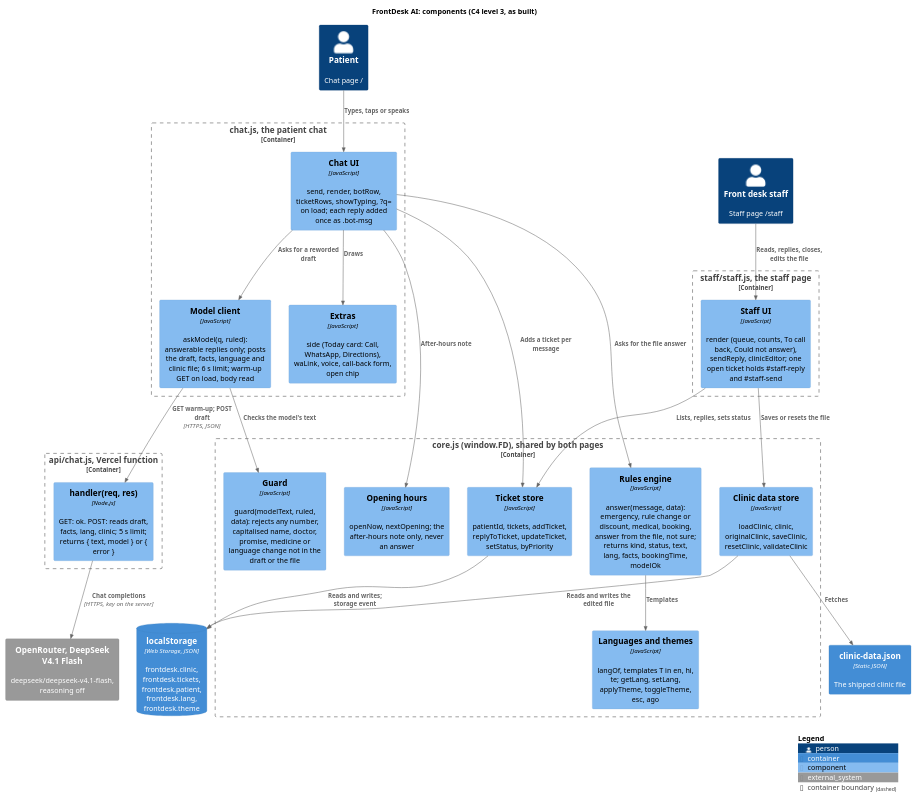
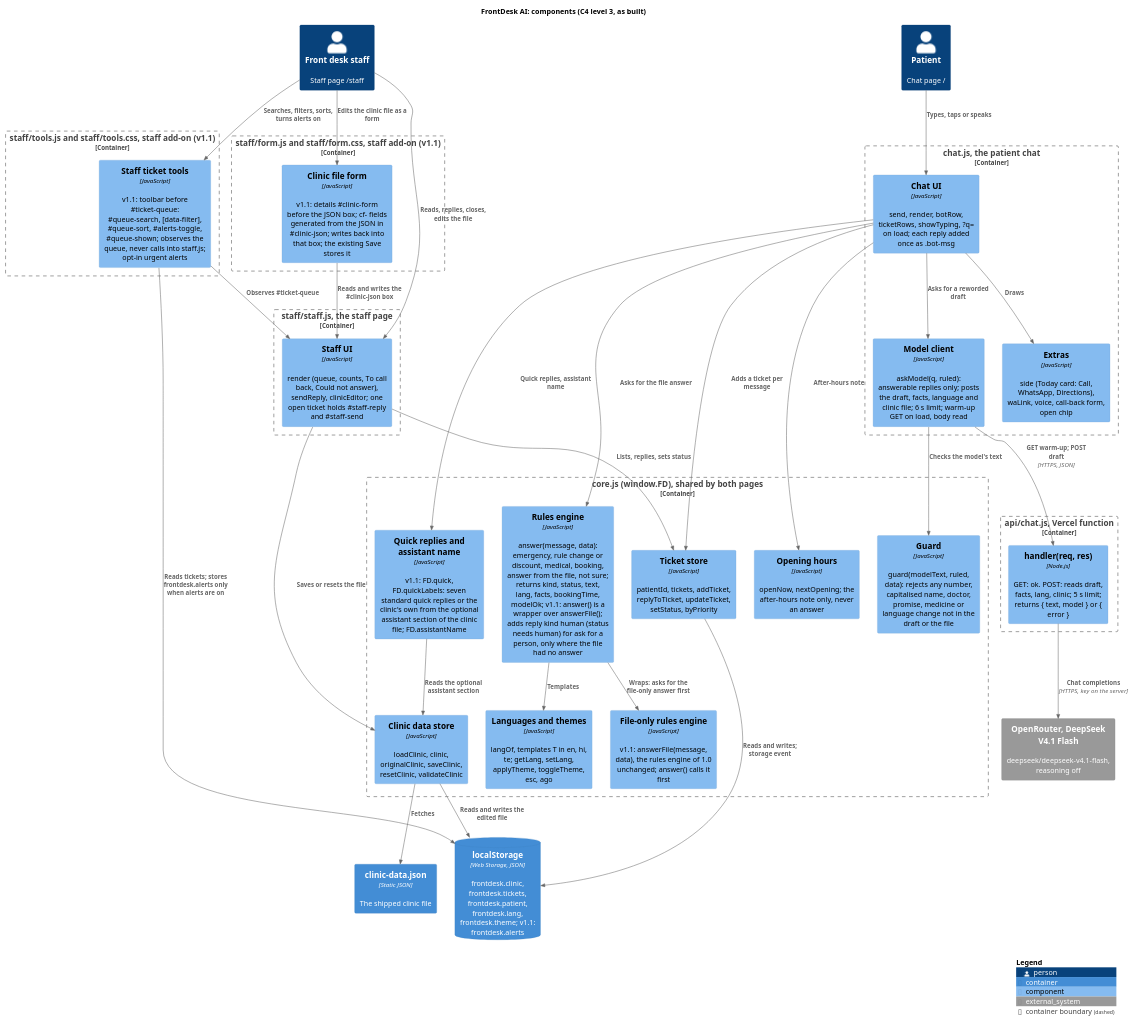
Before and after one commit to karwasanjay007/frontdesk-ai-docs: the diagram in docs/diagrams/c4-component.puml, drawn with PlantUML. The commit also changed 5 other files, not shown here.

First line of the commit message:
Diagrams for version 1.1.0.0: container, component and deployment show the staff add-ons, the engine wrapper and the new files

```diff
--- a/docs/diagrams/c4-component.puml
+++ b/docs/diagrams/c4-component.puml
@@ -1,52 +1,70 @@
 @startuml c4-component
 !include <C4/C4_Component>
 title FrontDesk AI: components (C4 level 3, as built)
 
 Person(patient, "Patient", "Chat page /")
 Person(staff, "Front desk staff", "Staff page /staff")
 System_Ext(openrouter, "OpenRouter, DeepSeek V4.1 Flash", "deepseek/deepseek-v4.1-flash, reasoning off")
-ContainerDb(ls, "localStorage", "Web Storage, JSON", "frontdesk.clinic, frontdesk.tickets, frontdesk.patient, frontdesk.lang, frontdesk.theme")
+ContainerDb(ls, "localStorage", "Web Storage, JSON", "frontdesk.clinic, frontdesk.tickets, frontdesk.patient, frontdesk.lang, frontdesk.theme; v1.1: frontdesk.alerts")
 Container(file, "clinic-data.json", "Static JSON", "The shipped clinic file")
 
 Container_Boundary(core, "core.js (window.FD), shared by both pages") {
   Component(store, "Clinic data store", "JavaScript", "loadClinic, clinic, originalClinic, saveClinic, resetClinic, validateClinic")
-  Component(engine, "Rules engine", "JavaScript", "answer(message, data): emergency, rule change or discount, medical, booking, answer from the file, not sure; returns kind, status, text, lang, facts, bookingTime, modelOk")
+  Component(engine, "Rules engine", "JavaScript", "answer(message, data): emergency, rule change or discount, medical, booking, answer from the file, not sure; returns kind, status, text, lang, facts, bookingTime, modelOk; v1.1: answer() is a wrapper over answerFile(); adds reply kind human (status needs human) for ask for a person, only where the file had no answer")
+  Component(enginefile, "File-only rules engine", "JavaScript", "v1.1: answerFile(message, data), the rules engine of 1.0 unchanged; answer() calls it first")
+  Component(quick, "Quick replies and assistant name", "JavaScript", "v1.1: FD.quick, FD.quickLabels: seven standard quick replies or the clinic's own from the optional assistant section of the clinic file; FD.assistantName")
   Component(guard, "Guard", "JavaScript", "guard(modelText, ruled, data): rejects any number, capitalised name, doctor, promise, medicine or language change not in the draft or the file")
   Component(tickets, "Ticket store", "JavaScript", "patientId, tickets, addTicket, replyToTicket, updateTicket, setStatus, byPriority")
   Component(hours, "Opening hours", "JavaScript", "openNow, nextOpening; the after-hours note only, never an answer")
   Component(i18n, "Languages and themes", "JavaScript", "langOf, templates T in en, hi, te; getLang, setLang, applyTheme, toggleTheme, esc, ago")
 }
 
 Container_Boundary(chatjs, "chat.js, the patient chat") {
   Component(chatui, "Chat UI", "JavaScript", "send, render, botRow, ticketRows, showTyping, ?q= on load; each reply added once as .bot-msg")
   Component(client, "Model client", "JavaScript", "askModel(q, ruled): answerable replies only; posts the draft, facts, language and clinic file; 6 s limit; warm-up GET on load, body read")
   Component(extras, "Extras", "JavaScript", "side (Today card: Call, WhatsApp, Directions), waLink, voice, call-back form, open chip")
 }
 
 Container_Boundary(staffjs, "staff/staff.js, the staff page") {
   Component(staffui, "Staff UI", "JavaScript", "render (queue, counts, To call back, Could not answer), sendReply, clinicEditor; one open ticket holds #staff-reply and #staff-send")
+}
+
+Container_Boundary(stafftoolsjs, "staff/tools.js and staff/tools.css, staff add-on (v1.1)") {
+  Component(stafftools, "Staff ticket tools", "JavaScript", "v1.1: toolbar before #ticket-queue: #queue-search, [data-filter], #queue-sort, #alerts-toggle, #queue-shown; observes the queue, never calls into staff.js; opt-in urgent alerts")
+}
+
+Container_Boundary(staffformjs, "staff/form.js and staff/form.css, staff add-on (v1.1)") {
+  Component(staffform, "Clinic file form", "JavaScript", "v1.1: details #clinic-form before the JSON box; cf- fields generated from the JSON in #clinic-json; writes back into that box; the existing Save stores it")
 }
 
 Container_Boundary(api, "api/chat.js, Vercel function") {
   Component(handler, "handler(req, res)", "Node.js", "GET: ok. POST: reads draft, facts, lang, clinic; 5 s limit; returns { text, model } or { error }")
 }
 
 Rel(patient, chatui, "Types, taps or speaks")
 Rel(staff, staffui, "Reads, replies, closes, edits the file")
 Rel(store, file, "Fetches")
 Rel(store, ls, "Reads and writes the edited file")
 Rel(chatui, engine, "Asks for the file answer")
 Rel(chatui, client, "Asks for a reworded draft")
 Rel(client, handler, "GET warm-up; POST draft", "HTTPS, JSON")
 Rel(handler, openrouter, "Chat completions", "HTTPS, key on the server")
 Rel(client, guard, "Checks the model's text")
 Rel(chatui, tickets, "Adds a ticket per message")
 Rel(chatui, hours, "After-hours note")
 Rel(chatui, extras, "Draws")
 Rel(staffui, tickets, "Lists, replies, sets status")
 Rel(staffui, store, "Saves or resets the file")
 Rel(tickets, ls, "Reads and writes; storage event")
 Rel(engine, i18n, "Templates")
+Rel(engine, enginefile, "Wraps: asks for the file-only answer first")
+Rel(quick, store, "Reads the optional assistant section")
+Rel(chatui, quick, "Quick replies, assistant name")
+Rel(staff, stafftools, "Searches, filters, sorts, turns alerts on")
+Rel(staff, staffform, "Edits the clinic file as a form")
+Rel(stafftools, staffui, "Observes #ticket-queue")
+Rel(stafftools, ls, "Reads tickets; stores frontdesk.alerts only when alerts are on")
+Rel(staffform, staffui, "Reads and writes the #clinic-json box")
 
 SHOW_LEGEND()
 @enduml
```
